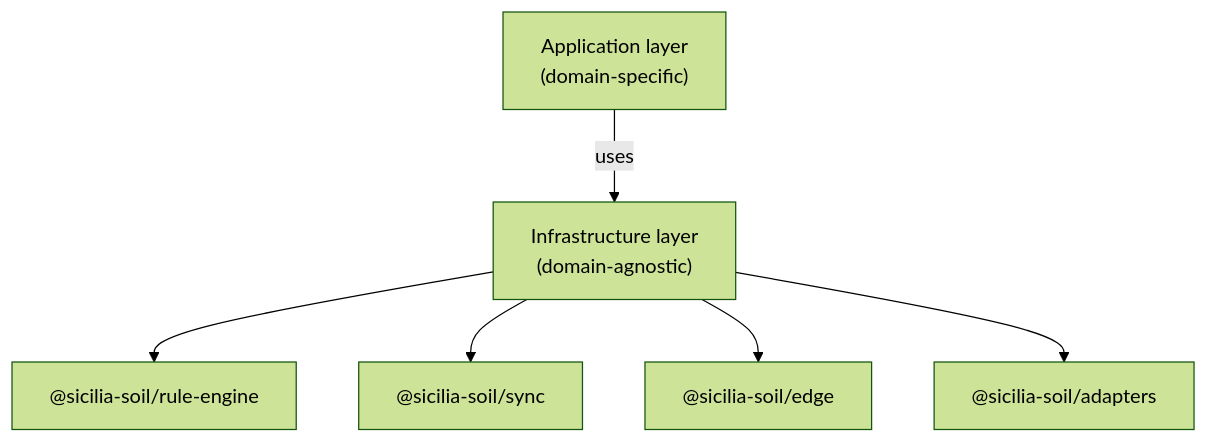
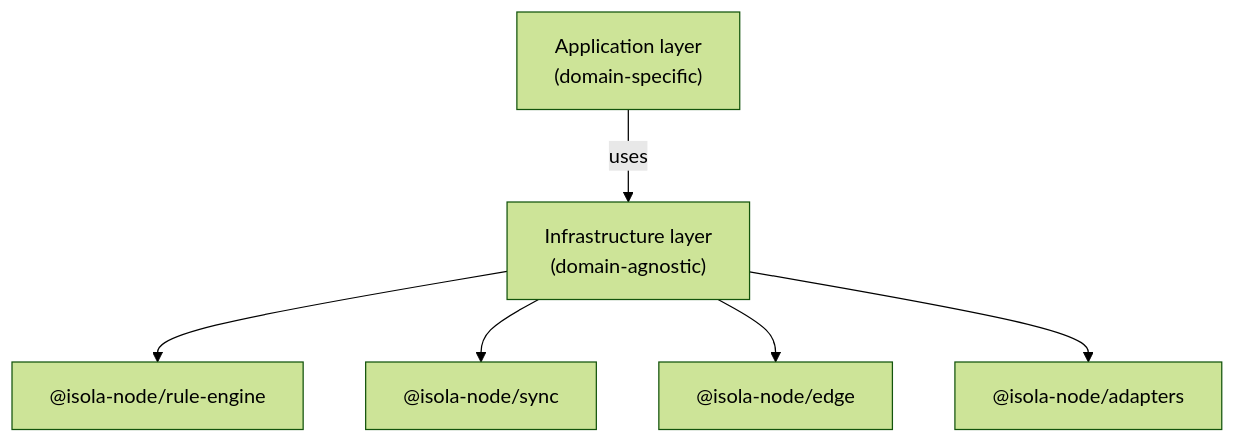
One commit to carmen-buendia/sicilia-soil changed the diagram in docs/infrastructure.md. Above: the diagram before and after it, drawn with Mermaid (forest theme). The commit also changed other lines of this file and 21 other files, not shown here.

Commit message:
refactor: rename infrastructure packages to @isola-node scope

````diff
--- a/docs/infrastructure.md
+++ b/docs/infrastructure.md
@@ -80,8 +80,8 @@
 ```mermaid
 graph TD
   A["Application layer<br/>(domain-specific)"] -->|uses| B["Infrastructure layer<br/>(domain-agnostic)"]
-  B --> D["@sicilia-soil/rule-engine"]
-  B --> S["@sicilia-soil/sync"]
-  B --> E["@sicilia-soil/edge"]
-  B --> AD["@sicilia-soil/adapters"]
+  B --> D["@isola-node/rule-engine"]
+  B --> S["@isola-node/sync"]
+  B --> E["@isola-node/edge"]
+  B --> AD["@isola-node/adapters"]
 ```
````
